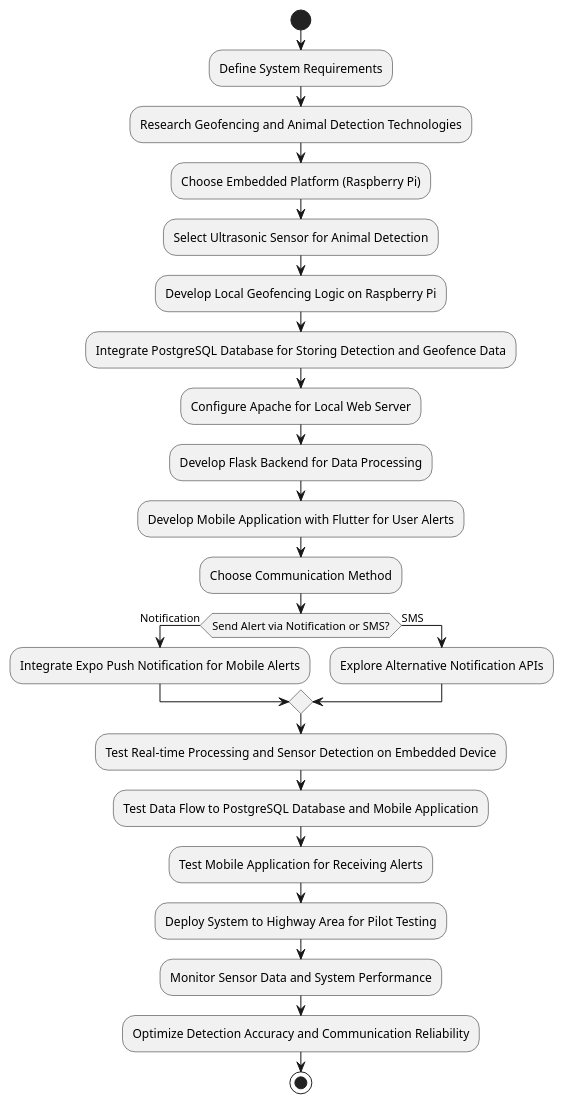
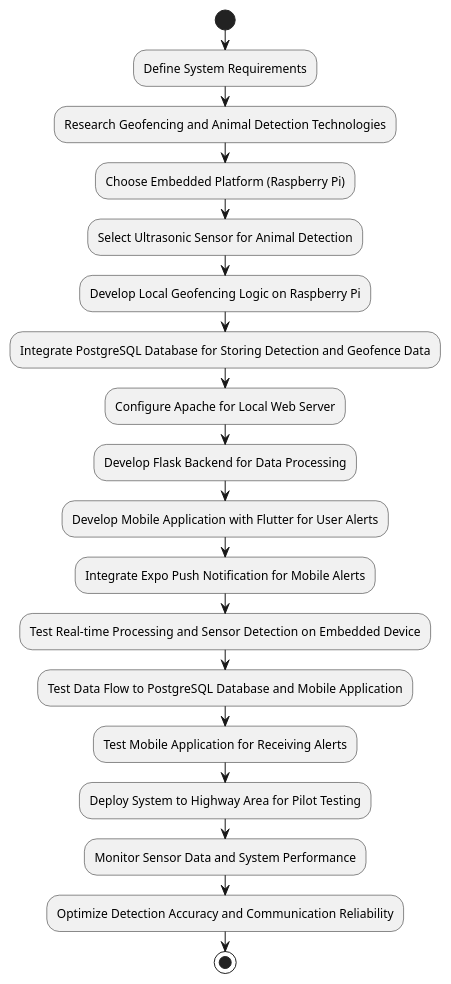
The diagram in docs/diagrams/workflow.puml (kxs1119/Detection-System), drawn with PlantUML before and after one commit. The commit also changed 4 other files, not shown here.

Commit message:
updated plantuml

```diff
--- a/docs/diagrams/workflow.puml
+++ b/docs/diagrams/workflow.puml
@@ -1,32 +1,28 @@
 @startuml
 start
 :Define System Requirements;
 :Research Geofencing and Animal Detection Technologies;
 
 :Choose Embedded Platform (Raspberry Pi);
 :Select Ultrasonic Sensor for Animal Detection;
 
 :Develop Local Geofencing Logic on Raspberry Pi;
 :Integrate PostgreSQL Database for Storing Detection and Geofence Data;
 
 :Configure Apache for Local Web Server;
 :Develop Flask Backend for Data Processing;
 :Develop Mobile Application with Flutter for User Alerts;
 
-:Choose Communication Method;
-if (Send Alert via Notification or SMS?) then (Notification)
-    :Integrate Expo Push Notification for Mobile Alerts;
-else (SMS)
-    :Explore Alternative Notification APIs;
-endif
+
+:Integrate Expo Push Notification for Mobile Alerts;
 
 :Test Real-time Processing and Sensor Detection on Embedded Device;
 :Test Data Flow to PostgreSQL Database and Mobile Application;
 :Test Mobile Application for Receiving Alerts;
 
 :Deploy System to Highway Area for Pilot Testing;
 :Monitor Sensor Data and System Performance;
 :Optimize Detection Accuracy and Communication Reliability;
 
 stop
 @enduml
```
